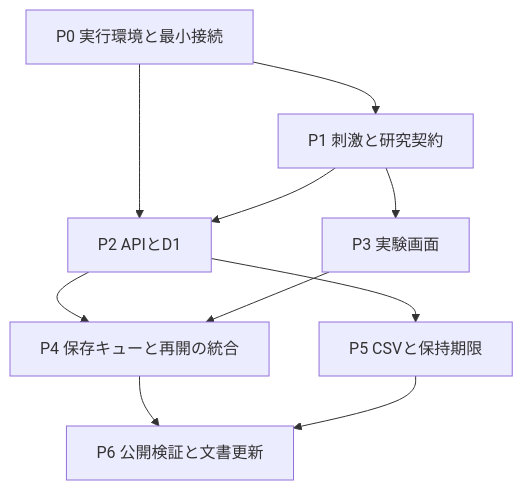
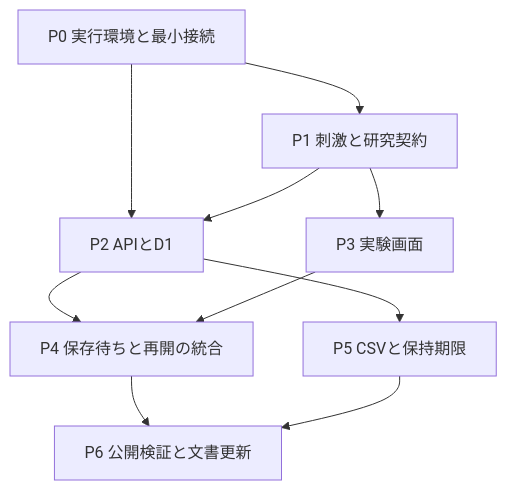
Before and after one commit to minaph/jsPsych-demo: the diagram in docs/implementation-plan.md, drawn with Mermaid. The commit also changed other lines of this file and 5 other files, not shown here.

````diff
--- a/docs/implementation-plan.md
+++ b/docs/implementation-plan.md
@@ -32,12 +32,12 @@
 ```mermaid
 flowchart TD
     P0[P0 実行環境と最小接続] --> P1[P1 刺激と研究契約]
     P0 --> P2[P2 APIとD1]
     P1 --> P2
     P1 --> P3[P3 実験画面]
-    P2 --> P4[P4 保存キューと再開の統合]
+    P2 --> P4[P4 保存待ちと再開の統合]
     P3 --> P4
     P2 --> P5[P5 CSVと保持期限]
     P4 --> P6[P6 公開検証と文書更新]
     P5 --> P6
 ```
````
